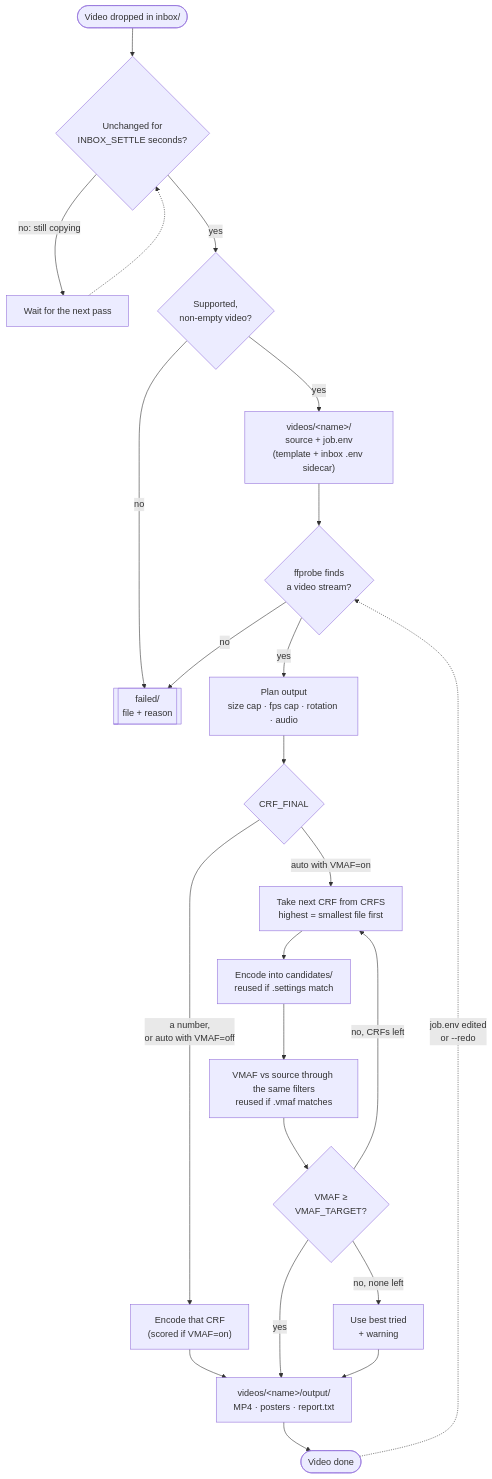
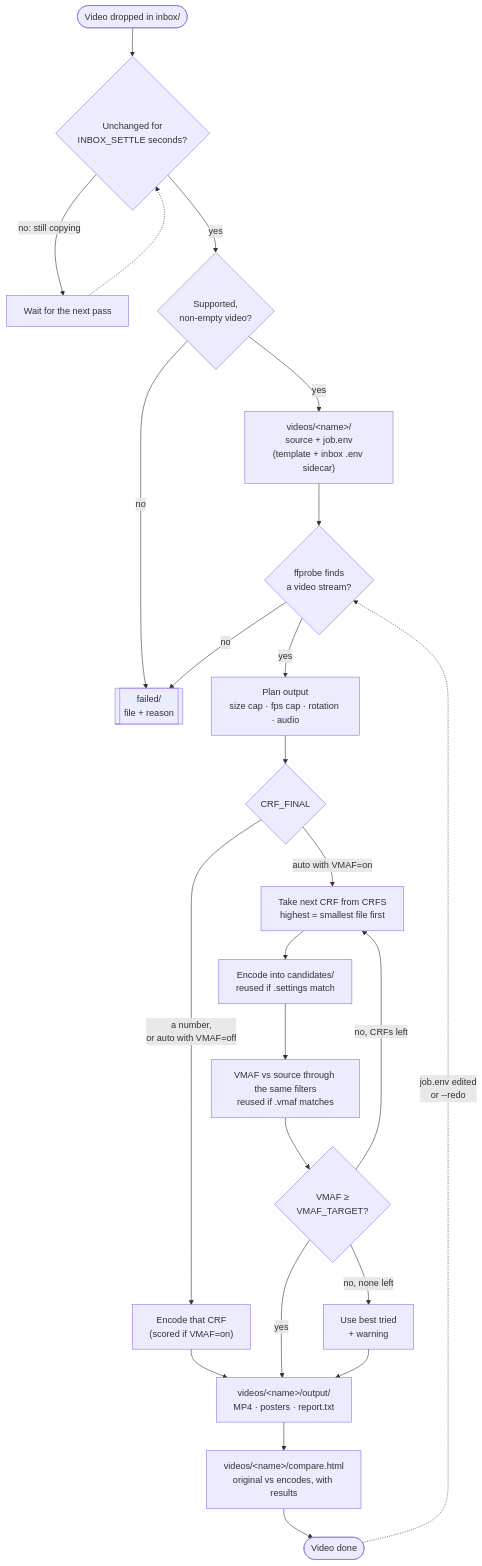
The diagram in README.md (Aplyca/web-video-optimizer), drawn with Mermaid before and after one commit. The commit also changed other lines of this file and 5 other files, not shown here.

````diff
--- a/README.md
+++ b/README.md
@@ -340,28 +369,29 @@
 ```mermaid
 flowchart TD
     drop(["Video dropped in inbox/"]) --> settle{"Unchanged for<br/>INBOX_SETTLE seconds?"}
     settle -- "no: still copying" --> wait["Wait for the next pass"]
     wait -.-> settle
     settle -- yes --> kind{"Supported,<br/>non-empty video?"}
     kind -- no --> failed[["failed/<br/>file + reason"]]
     kind -- yes --> job["videos/#lt;name#gt;/<br/>source + job.env<br/>(template + inbox .env sidecar)"]
     job --> probe{"ffprobe finds<br/>a video stream?"}
     probe -- no --> failed
     probe -- yes --> plan["Plan output<br/>size cap · fps cap · rotation · audio"]
     plan --> mode{"CRF_FINAL"}
 
     mode -- "a number,<br/>or auto with VMAF=off" --> single["Encode that CRF<br/>(scored if VMAF=on)"]
     single --> deliver
 
     mode -- "auto with VMAF=on" --> next["Take next CRF from CRFS<br/>highest = smallest file first"]
     next --> encode["Encode into candidates/<br/>reused if .settings match"]
     encode --> score["VMAF vs source through the same filters<br/>reused if .vmaf matches"]
     score --> pass{"VMAF ≥<br/>VMAF_TARGET?"}
     pass -- yes --> deliver
     pass -- "no, CRFs left" --> next
     pass -- "no, none left" --> best["Use best tried<br/>+ warning"]
     best --> deliver
 
-    deliver["videos/#lt;name#gt;/output/<br/>MP4 · posters · report.txt"] --> done(["Video done"])
+    deliver["videos/#lt;name#gt;/output/<br/>MP4 · posters · report.txt"] --> compare["videos/#lt;name#gt;/compare.html<br/>original vs encodes, with results"]
+    compare --> done(["Video done"])
     done -. "job.env edited<br/>or --redo" .-> probe
 ```
````
